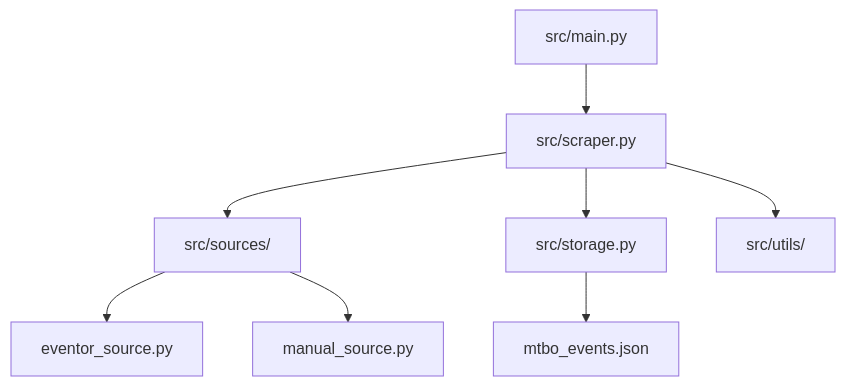
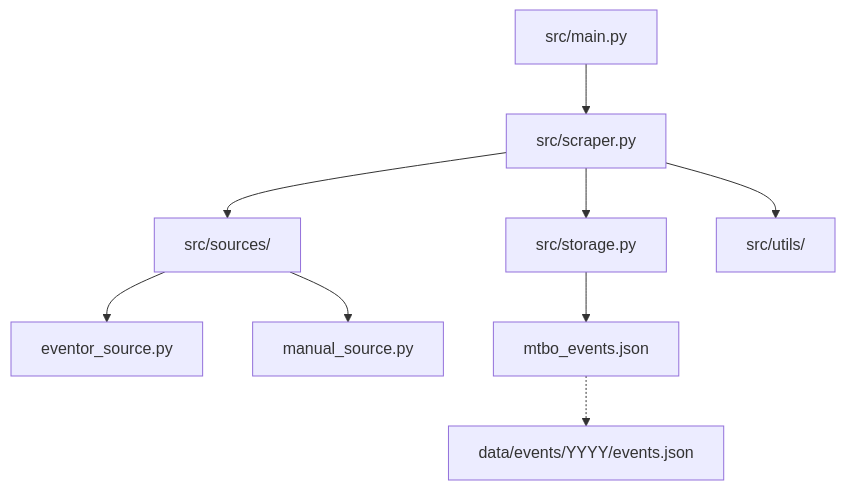
One commit to blaudden/mtbo-scraper changed the diagram in AGENTS.md. Above: the diagram before and after it, drawn with Mermaid. The commit also changed other lines of this file and 4 other files, not shown here.

First line of the commit message:
Update documentation and scripts for V2 architecture

````diff
--- a/AGENTS.md
+++ b/AGENTS.md
@@ -9,10 +9,11 @@
 ```mermaid
 graph TD
     Main[src/main.py] --> Scraper[src/scraper.py]
     Scraper --> Sources[src/sources/]
     Sources --> Eventor[eventor_source.py]
     Sources --> Manual[manual_source.py]
     Scraper --> Storage[src/storage.py]
-    Storage --> JSON[mtbo_events.json]
+    Storage --> Index[mtbo_events.json]
+    Index -.-> Partitions[data/events/YYYY/events.json]
     Scraper --> Utils[src/utils/]
 ```
````
